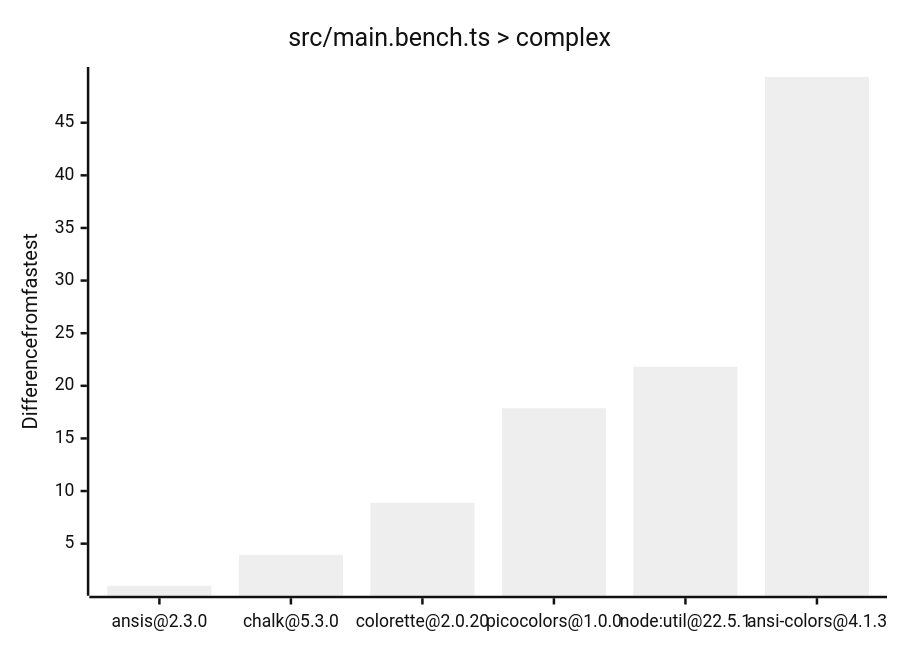
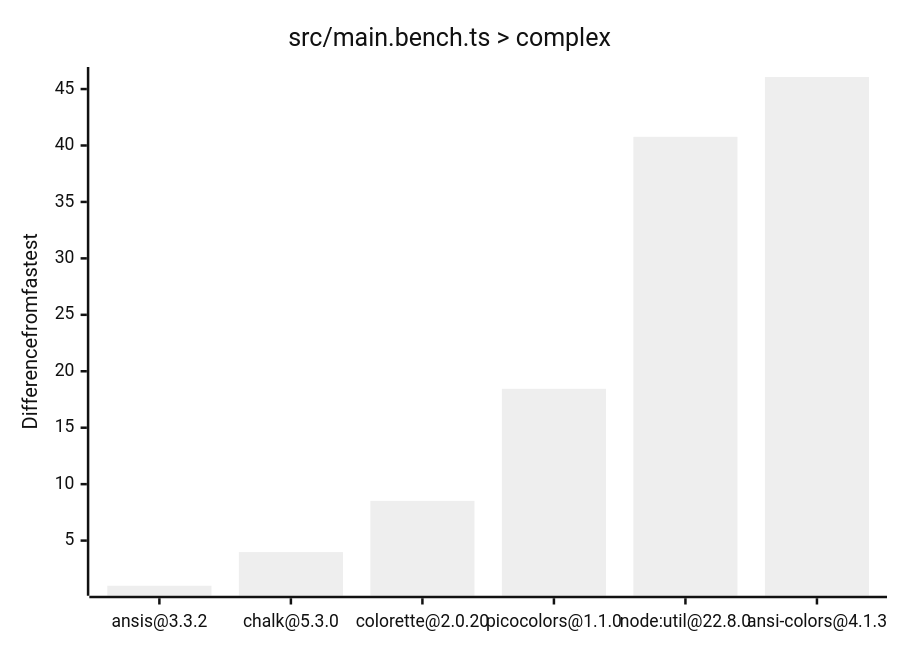
One commit to beeequeue/node-cli-colors-benchmark changed the fourth of 4 diagrams in README.md. Above: the diagram before and after it, drawn with Mermaid (neutral theme). The commit also changed other lines of this file, not shown here.

Commit message:
Update graphs

````diff
--- a/README.md
+++ b/README.md
@@ -41,7 +41,7 @@
 ```mermaid
 xychart-beta
   title "src/main.bench.ts > complex"
-  x-axis ["ansis@2.3.0", "chalk@5.3.0", "colorette@2.0.20", "picocolors@1.0.0", "node:util@22.5.1", "ansi-colors@4.1.3"]
+  x-axis ["ansis@3.3.2", "chalk@5.3.0", "colorette@2.0.20", "picocolors@1.1.0", "node:util@22.8.0", "ansi-colors@4.1.3"]
   y-axis Difference from fastest
-  bar [1.0000, 3.9320, 8.8911, 17.8708, 21.8199, 49.3448]
+  bar [1.0000, 3.9825, 8.5197, 18.4464, 40.7668, 46.0673]
 ```
````
